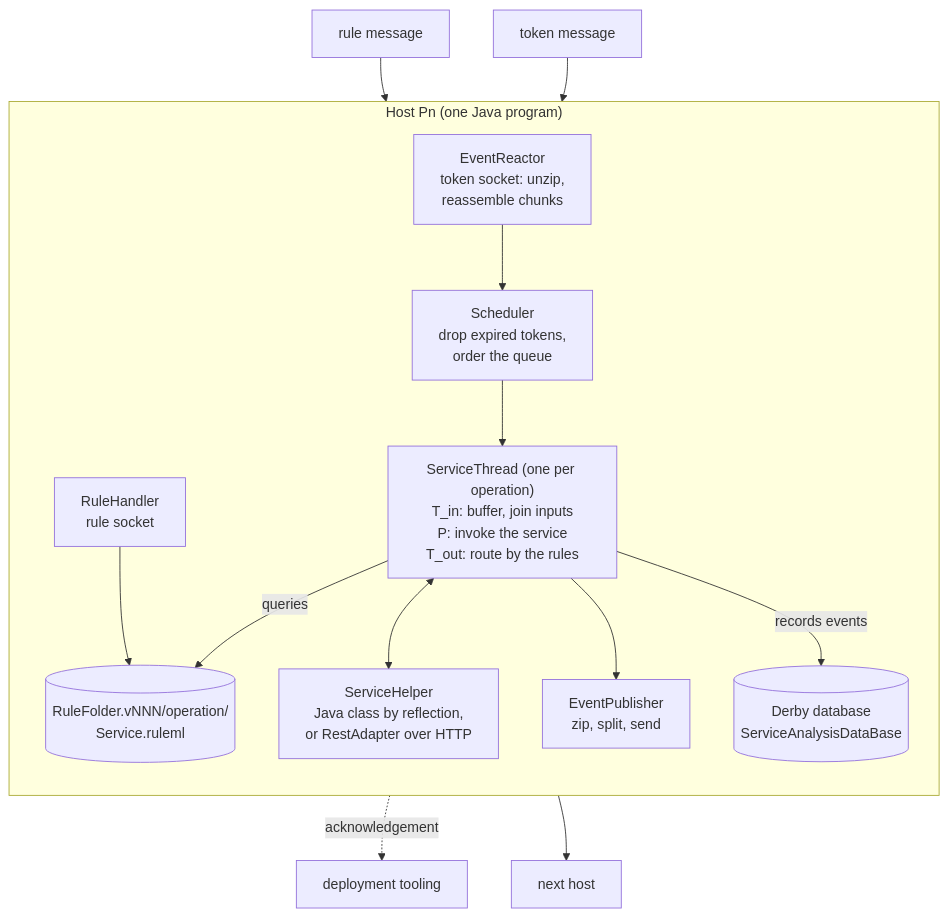
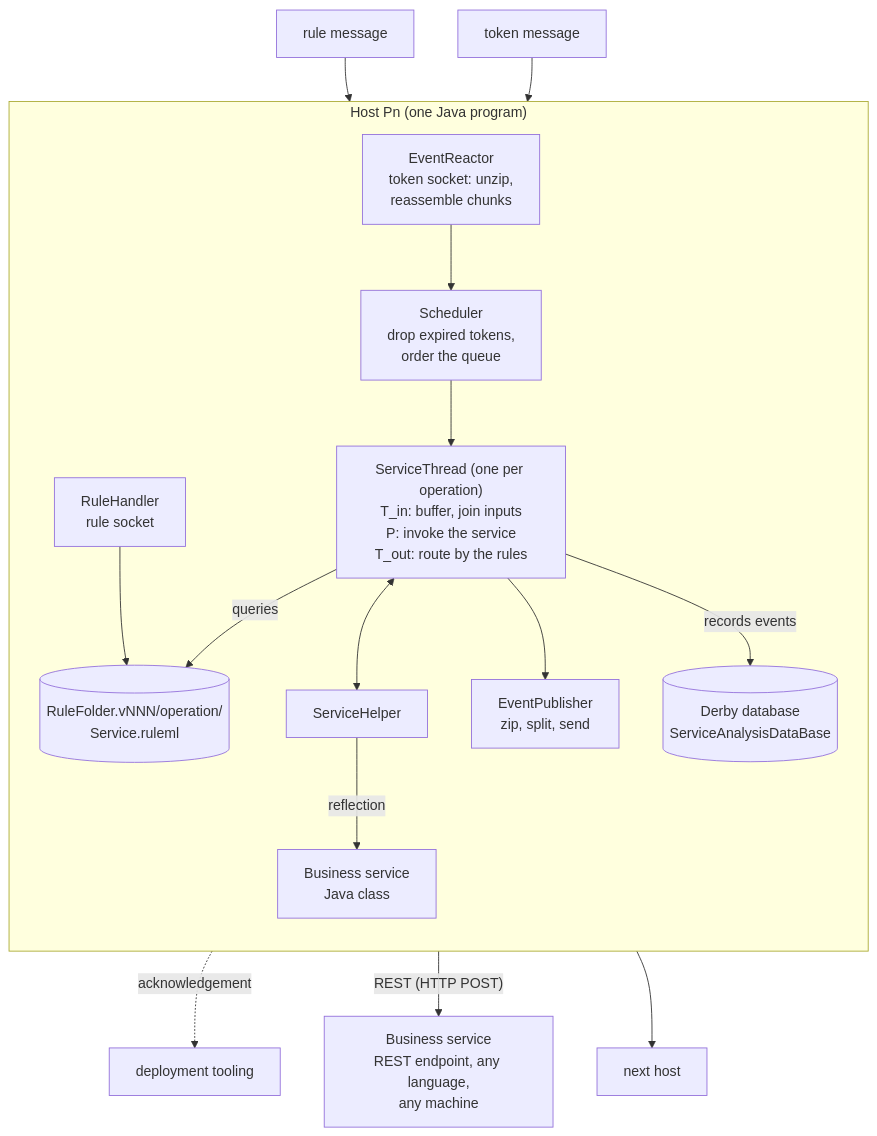
Before and after one commit to AlexanderAdelAU/Rule-Propagated-Service-Orchestration: the second of 3 diagrams in Architecture.md, drawn with Mermaid.

Commit message:
Architecture.md: show the host calling its service by reflection or REST
Claude-Session: https://claude.ai/code/session_01MVTiJmVTo6whUToqMfkWLi

````diff
--- a/Architecture.md
+++ b/Architecture.md
@@ -48,21 +48,24 @@
 ```mermaid
 flowchart TB
     subgraph Host["Host Pn (one Java program)"]
         direction TB
         RH["RuleHandler<br/>rule socket"]
         RF[("RuleFolder.vNNN/operation/<br/>Service.ruleml")]
         ER["EventReactor<br/>token socket: unzip,<br/>reassemble chunks"]
         SC["Scheduler<br/>drop expired tokens,<br/>order the queue"]
         ST["ServiceThread (one per operation)<br/>T_in: buffer, join inputs<br/>P: invoke the service<br/>T_out: route by the rules"]
-        SH["ServiceHelper<br/>Java class by reflection,<br/>or RestAdapter over HTTP"]
+        SH["ServiceHelper"]
+        JS["Business service<br/>Java class"]
         EP["EventPublisher<br/>zip, split, send"]
         DB[("Derby database<br/>ServiceAnalysisDataBase")]
     end
     RULES["rule message"] --> RH --> RF
     RH -. "acknowledgement" .-> ACK["deployment tooling"]
     TOK["token message"] --> ER --> SC --> ST
     ST <--> SH
+    SH -- "reflection" --> JS
+    SH -- "REST (HTTP POST)" --> RS["Business service<br/>REST endpoint, any language,<br/>any machine"]
     ST -- "queries" --> RF
     ST --> EP --> NEXT["next host"]
     ST -- "records events" --> DB
 ```
````
